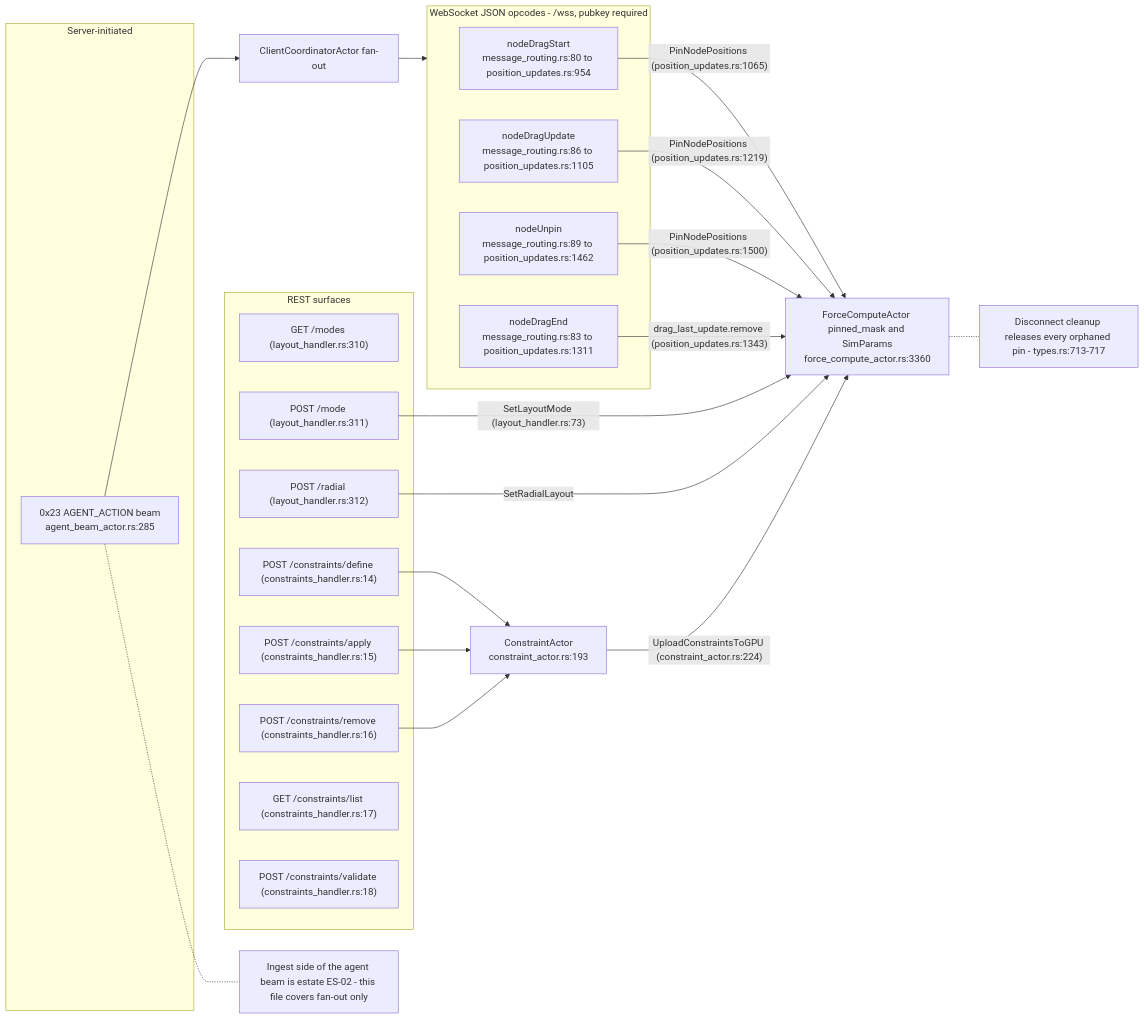
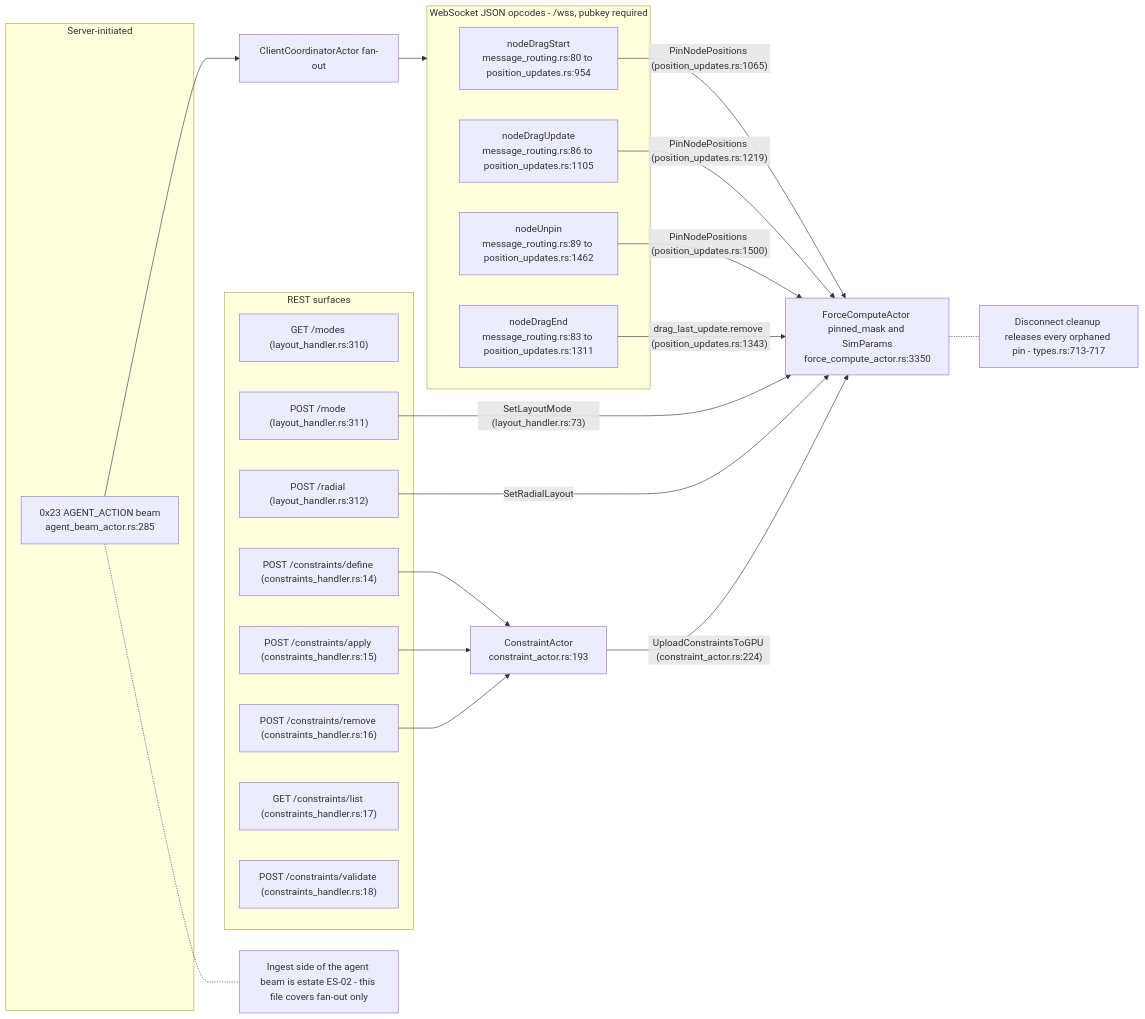
Before and after one commit to DreamLab-AI/VisionFlow: the seventh of 8 diagrams in docs/diagrams/visionclaw/16-interaction-drag-pin-layout.md, drawn with Mermaid. The commit also changed other lines of this file and 31 other files, not shown here.

````diff
--- a/docs/diagrams/visionclaw/16-interaction-drag-pin-layout.md
+++ b/docs/diagrams/visionclaw/16-interaction-drag-pin-layout.md
@@ -220,43 +222,43 @@
 ```mermaid
 flowchart LR
     subgraph WSOPS["WebSocket JSON opcodes - /wss, pubkey required"]
         D1["nodeDragStart<br/>message_routing.rs:80 to position_updates.rs:954"]
         D2["nodeDragEnd<br/>message_routing.rs:83 to position_updates.rs:1311"]
         D3["nodeDragUpdate<br/>message_routing.rs:86 to position_updates.rs:1105"]
         D4["nodeUnpin<br/>message_routing.rs:89 to position_updates.rs:1462"]
     end
     subgraph REST["REST surfaces"]
         L1["GET /modes (layout_handler.rs:310)"]
         L2["POST /mode (layout_handler.rs:311)"]
         L3["POST /radial (layout_handler.rs:312)"]
         K1["POST /constraints/define (constraints_handler.rs:14)"]
         K2["POST /constraints/apply (constraints_handler.rs:15)"]
         K3["POST /constraints/remove (constraints_handler.rs:16)"]
         K4["GET /constraints/list (constraints_handler.rs:17)"]
         K5["POST /constraints/validate (constraints_handler.rs:18)"]
     end
     subgraph SRVPUSH["Server-initiated"]
         B1["0x23 AGENT_ACTION beam<br/>agent_beam_actor.rs:285"]
     end
-    GPU["ForceComputeActor pinned_mask and SimParams<br/>force_compute_actor.rs:3360"]
+    GPU["ForceComputeActor pinned_mask and SimParams<br/>force_compute_actor.rs:3350"]
     CA["ConstraintActor<br/>constraint_actor.rs:193"]
     CC["ClientCoordinatorActor fan-out"]
 
     D1 -->|"PinNodePositions (position_updates.rs:1065)"| GPU
     D3 -->|"PinNodePositions (position_updates.rs:1219)"| GPU
     D4 -->|"PinNodePositions (position_updates.rs:1500)"| GPU
     D2 -->|"drag_last_update.remove (position_updates.rs:1343)"| GPU
     L2 -->|"SetLayoutMode (layout_handler.rs:73)"| GPU
     L3 -->|"SetRadialLayout"| GPU
     K1 --> CA
     K2 --> CA
     K3 --> CA
     CA -->|"UploadConstraintsToGPU (constraint_actor.rs:224)"| GPU
     B1 --> CC
     CC --> WSOPS
 
     N1["Disconnect cleanup releases every orphaned pin - types.rs:713-717"]
     N2["Ingest side of the agent beam is estate ES-02 - this file covers fan-out only"]
     GPU -.- N1
     B1 -.- N2
 ```
````
